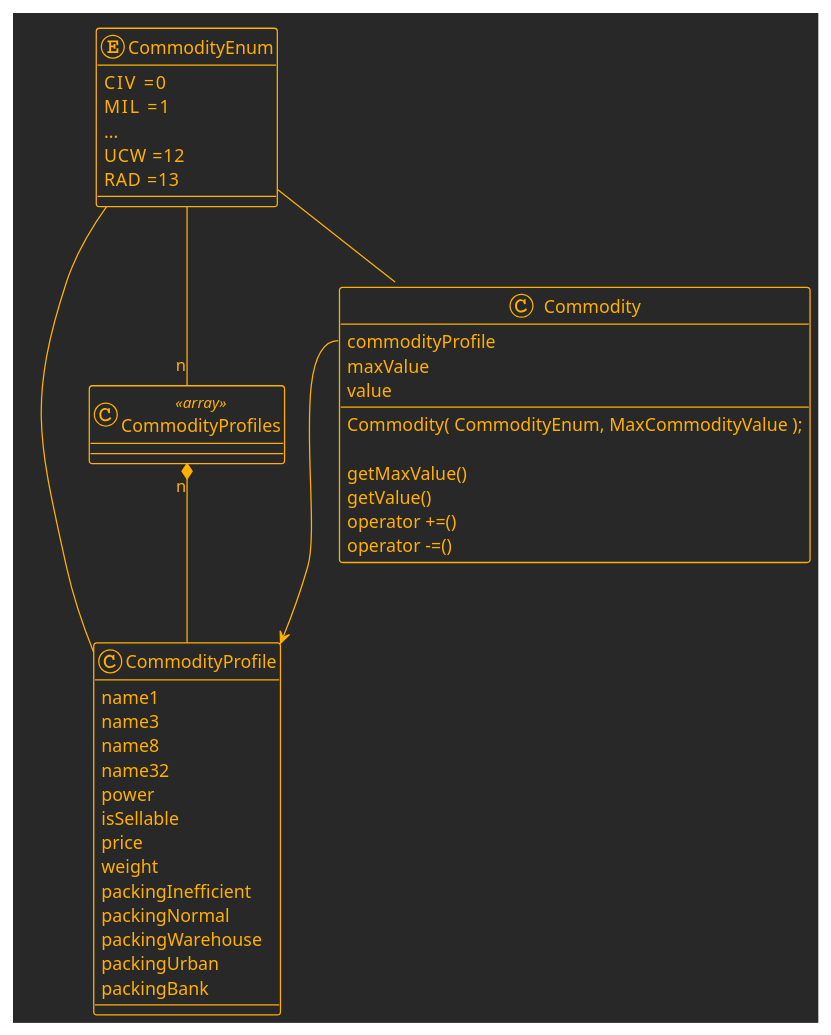
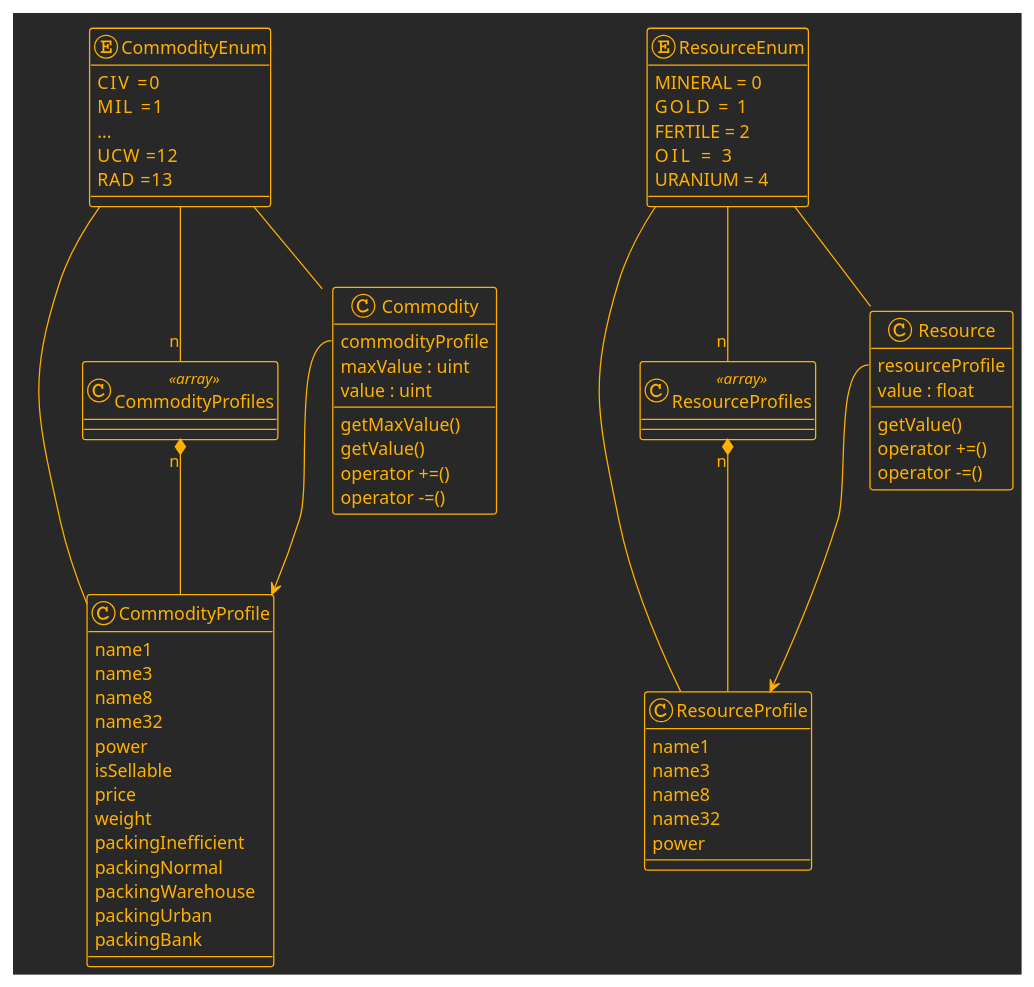
The fifth of 8 diagrams in API_DESIGN.md (marknelsonengineer/empire), drawn with PlantUML before and after one commit. The commit also changed other lines of this file and 2 other files, not shown here.

```diff
--- a/API_DESIGN.md
+++ b/API_DESIGN.md
@@ -201,10 +274,8 @@
 
 class Commodity {
   commodityProfile
-  maxValue
-  value
-
-  Commodity( CommodityEnum, MaxCommodityValue );
+  maxValue : uint
+  value : uint
 
   getMaxValue()
   getValue()
@@ -218,4 +289,39 @@
 CommodityEnum     -- "n" CommodityProfiles
 CommodityProfiles "n" *-- CommodityProfile
 
+
+enum ResourceEnum {
+MINERAL = 0
+GOLD    = 1
+FERTILE = 2
+OIL     = 3
+URANIUM = 4
+}
+
+class ResourceProfile {
+name1
+name3
+name8
+name32
+power
+}
+
+class ResourceProfiles <<array>>
+
+class Resource {
+  resourceProfile
+  value : float
+
+  getValue()
+  operator +=()
+  operator -=()
+}
+
+Resource::resourceProfile --> ResourceProfile
+ResourceEnum -- Resource
+ResourceEnum -- ResourceProfile
+ResourceEnum -- "n" ResourceProfiles
+ResourceProfiles "n" *-- ResourceProfile
+
+
 @enduml
```
